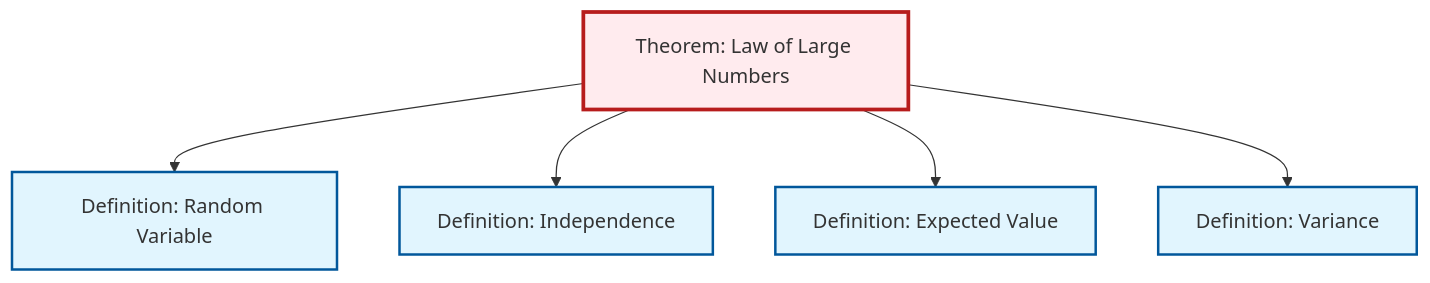
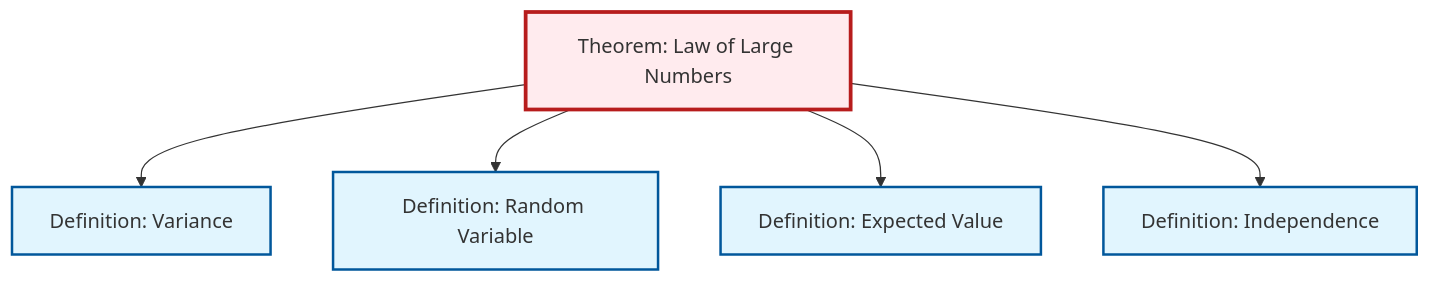
Before and after one commit to RK0429/ModernMath: the second of 2 diagrams in content/en/probability-statistics/thm-law-of-large-numbers.qmd, drawn with Mermaid. The commit also changed other lines of this file and 615 other files, not shown here.

````diff
--- a/content/en/probability-statistics/thm-law-of-large-numbers.qmd
+++ b/content/en/probability-statistics/thm-law-of-large-numbers.qmd
@@ -83,23 +83,23 @@
 ```{mermaid}
 %%| fig-cap: "Local dependency graph"
 graph TD
     classDef definition fill:#e1f5fe,stroke:#01579b,stroke-width:2px
     classDef theorem fill:#f3e5f5,stroke:#4a148c,stroke-width:2px
     classDef axiom fill:#fff3e0,stroke:#e65100,stroke-width:2px
     classDef example fill:#e8f5e9,stroke:#1b5e20,stroke-width:2px
     classDef current fill:#ffebee,stroke:#b71c1c,stroke-width:3px
+    def-independence["Definition: Independence"]:::definition
+    def-random-variable["Definition: Random Variable"]:::definition
     thm-law-of-large-numbers["Theorem: Law of Large Numbers"]:::theorem
+    def-variance["Definition: Variance"]:::definition
     def-expectation["Definition: Expected Value"]:::definition
-    def-random-variable["Definition: Random Variable"]:::definition
-    def-independence["Definition: Independence"]:::definition
-    def-variance["Definition: Variance"]:::definition
+    thm-law-of-large-numbers --> def-variance
     thm-law-of-large-numbers --> def-random-variable
+    thm-law-of-large-numbers --> def-expectation
     thm-law-of-large-numbers --> def-independence
-    thm-law-of-large-numbers --> def-expectation
-    thm-law-of-large-numbers --> def-variance
     class thm-law-of-large-numbers current
+    click def-independence "def-independence.html" "Go to Independence definition"
+    click def-random-variable "def-random-variable.html" "Go to Random Variable definition"
+    click def-variance "def-variance.html" "Go to Variance definition"
     click def-expectation "def-expectation.html" "Go to Expected Value definition"
-    click def-random-variable "def-random-variable.html" "Go to Random Variable definition"
-    click def-independence "def-independence.html" "Go to Independence definition"
-    click def-variance "def-variance.html" "Go to Variance definition"
 ```
````
